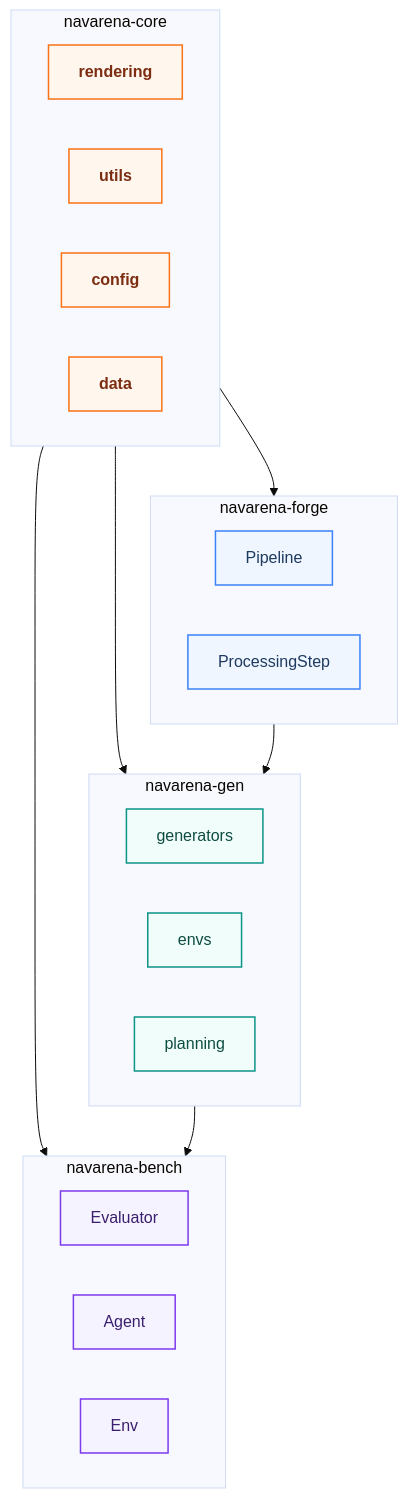
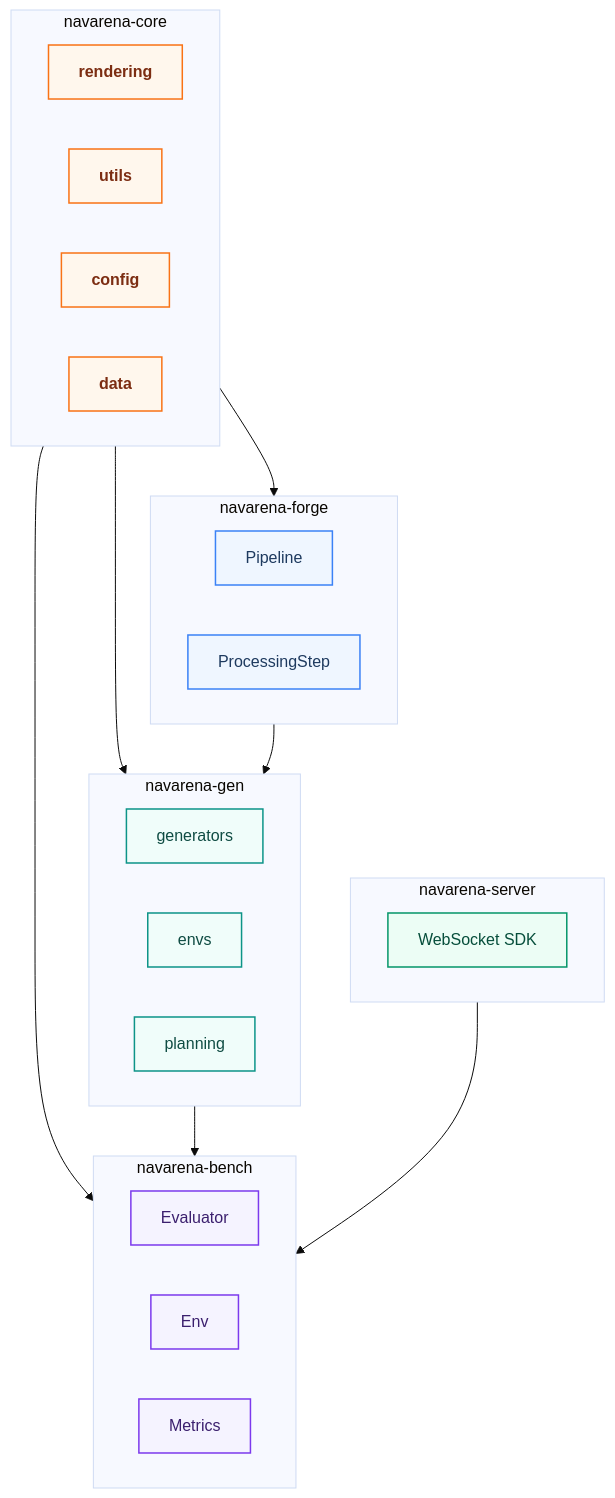
The first of 2 diagrams in docs/concepts/architecture.md (EI-Nav/NavArena-Doc), drawn with Mermaid (base theme) before and after one commit. The commit also changed other lines of this file and 28 other files, not shown here.

First line of the commit message:
docs: trim verbose content and add navarena-server SDK section

````diff
--- a/docs/concepts/architecture.md
+++ b/docs/concepts/architecture.md
@@ -7,37 +7,43 @@
 ```mermaid
 flowchart TB
     classDef core   fill:#FFF7ED,stroke:#F97316,stroke-width:1.5px,color:#7C2D12,font-weight:600
     classDef forge  fill:#EFF6FF,stroke:#3B82F6,stroke-width:1.5px,color:#1E3A5F
     classDef gen    fill:#F0FDFA,stroke:#0D9488,stroke-width:1.5px,color:#0F4C43
     classDef bench  fill:#F5F3FF,stroke:#7C3AED,stroke-width:1.5px,color:#3B1F6E
+    classDef srv    fill:#ECFDF5,stroke:#059669,stroke-width:1.5px,color:#064E3B
 
     subgraph Core[navarena-core]
         Rendering[rendering]:::core
         Utils[utils]:::core
         Config[config]:::core
         Data[data]:::core
     end
     
     subgraph Forge[navarena-forge]
         Pipeline[Pipeline]:::forge
         Steps[ProcessingStep]:::forge
     end
     
     subgraph Gen[navarena-gen]
         Generators[generators]:::gen
         Envs[envs]:::gen
         Planning[planning]:::gen
     end
     
     subgraph Bench[navarena-bench]
         Evaluator[Evaluator]:::bench
-        Agent[Agent]:::bench
         Env[Env]:::bench
+        Metrics[Metrics]:::bench
+    end
+
+    subgraph Server[navarena-server]
+        WS[WebSocket SDK]:::srv
     end
     
     Core --> Forge
     Core --> Gen
     Core --> Bench
     Forge --> Gen
     Gen --> Bench
+    Server --> Bench
 ```
````
